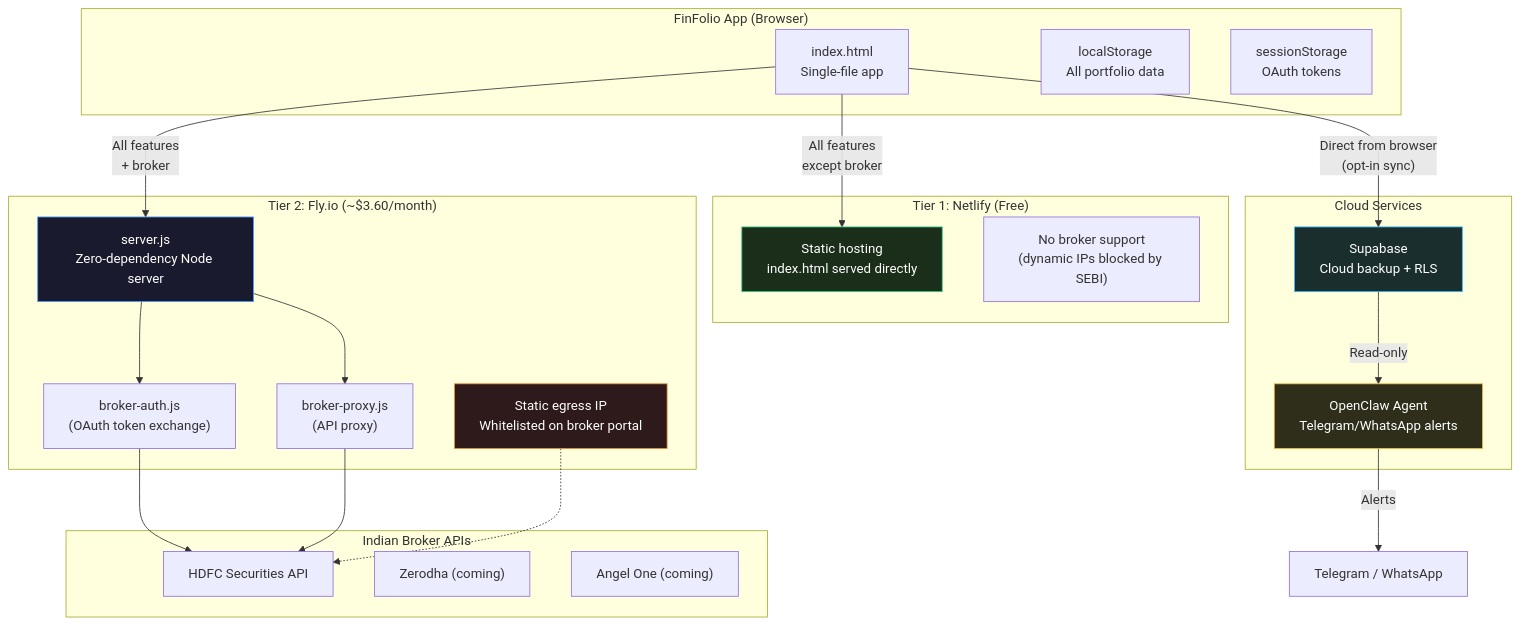
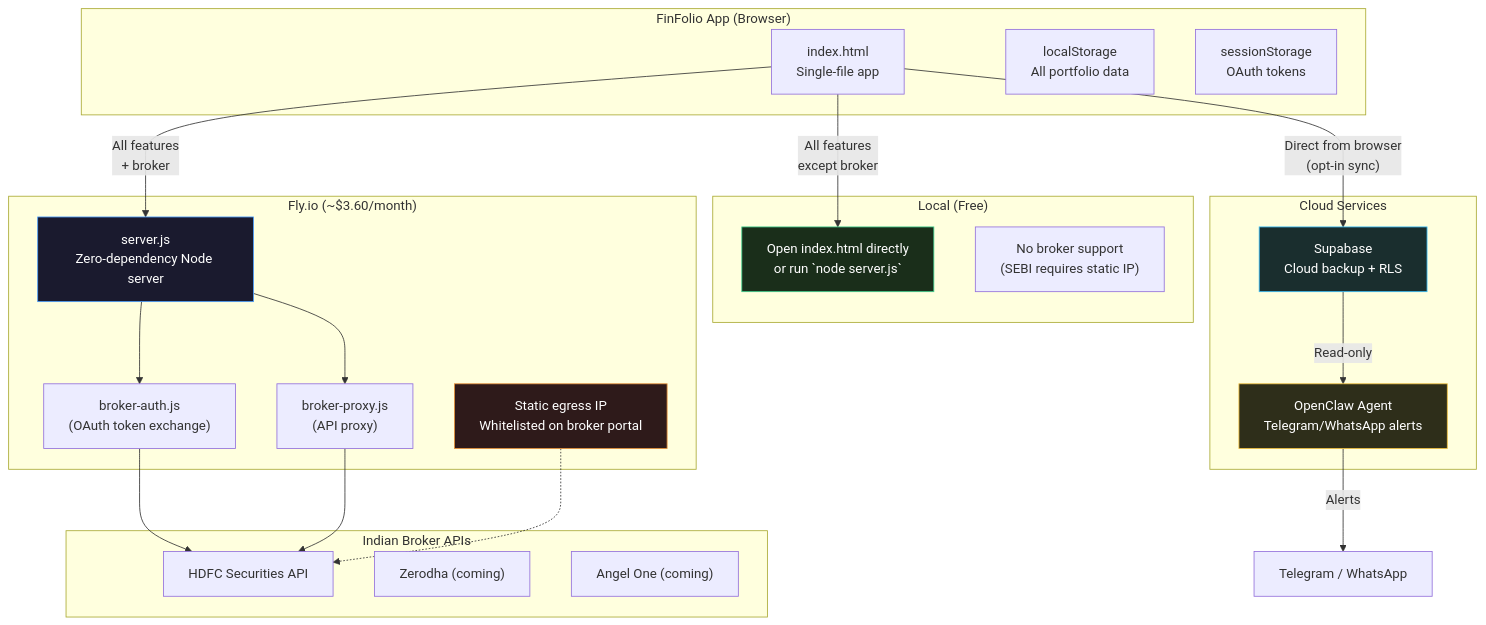
Before and after one commit to balajiregt/myFinance: the third of 3 diagrams in docs/ARCHITECTURE.md, drawn with Mermaid. The commit also changed other lines of this file and 17 other files, not shown here.

````diff
--- a/docs/ARCHITECTURE.md
+++ b/docs/ARCHITECTURE.md
@@ -102,48 +102,48 @@
 ```mermaid
 flowchart TD
     subgraph Browser ["FinFolio App (Browser)"]
         APP["index.html<br/>Single-file app"]
         LS["localStorage<br/>All portfolio data"]
         SS["sessionStorage<br/>OAuth tokens"]
     end
 
-    subgraph Netlify ["Tier 1: Netlify (Free)"]
-        NF["Static hosting<br/>index.html served directly"]
-        NL["No broker support<br/>(dynamic IPs blocked by SEBI)"]
+    subgraph Local ["Local (Free)"]
+        FILE["Open index.html directly<br/>or run `node server.js`"]
+        NL["No broker support<br/>(SEBI requires static IP)"]
     end
 
-    subgraph FlyIO ["Tier 2: Fly.io (~$3.60/month)"]
+    subgraph FlyIO ["Fly.io (~$3.60/month)"]
         SRV["server.js<br/>Zero-dependency Node server"]
         BA["broker-auth.js<br/>(OAuth token exchange)"]
         BP["broker-proxy.js<br/>(API proxy)"]
         SIP["Static egress IP<br/>Whitelisted on broker portal"]
     end
 
     subgraph Broker ["Indian Broker APIs"]
         HDFC["HDFC Securities API"]
         ZER["Zerodha (coming)"]
         ANG["Angel One (coming)"]
     end
 
     subgraph Cloud ["Cloud Services"]
         SB["Supabase<br/>Cloud backup + RLS"]
         OC["OpenClaw Agent<br/>Telegram/WhatsApp alerts"]
     end
 
-    APP -- "All features<br/>except broker" --> NF
+    APP -- "All features<br/>except broker" --> FILE
     APP -- "All features<br/>+ broker" --> SRV
     SRV --> BA
     SRV --> BP
     BA --> HDFC
     BP --> HDFC
     SIP -.-> HDFC
     APP -- "Direct from browser<br/>(opt-in sync)" --> SB
     SB -- "Read-only" --> OC
     OC -- "Alerts" --> TG["Telegram / WhatsApp"]
 
-    style NF fill:#1a2e1a,stroke:#3ecf8e,color:#fff
+    style FILE fill:#1a2e1a,stroke:#3ecf8e,color:#fff
     style SRV fill:#1a1a2e,stroke:#4a9eff,color:#fff
     style SIP fill:#2e1a1a,stroke:#e8923a,color:#fff
     style SB fill:#1a2e2e,stroke:#38bdf8,color:#fff
     style OC fill:#2e2e1a,stroke:#f0c040,color:#fff
 ```
````
